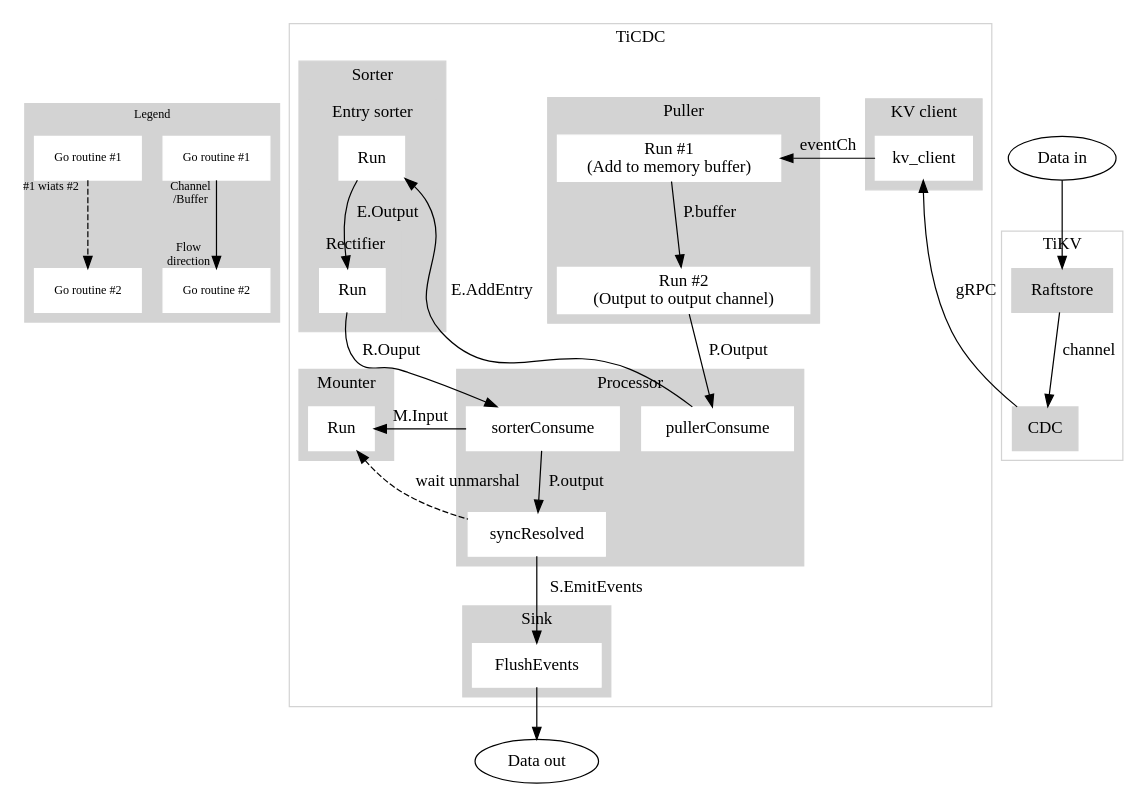
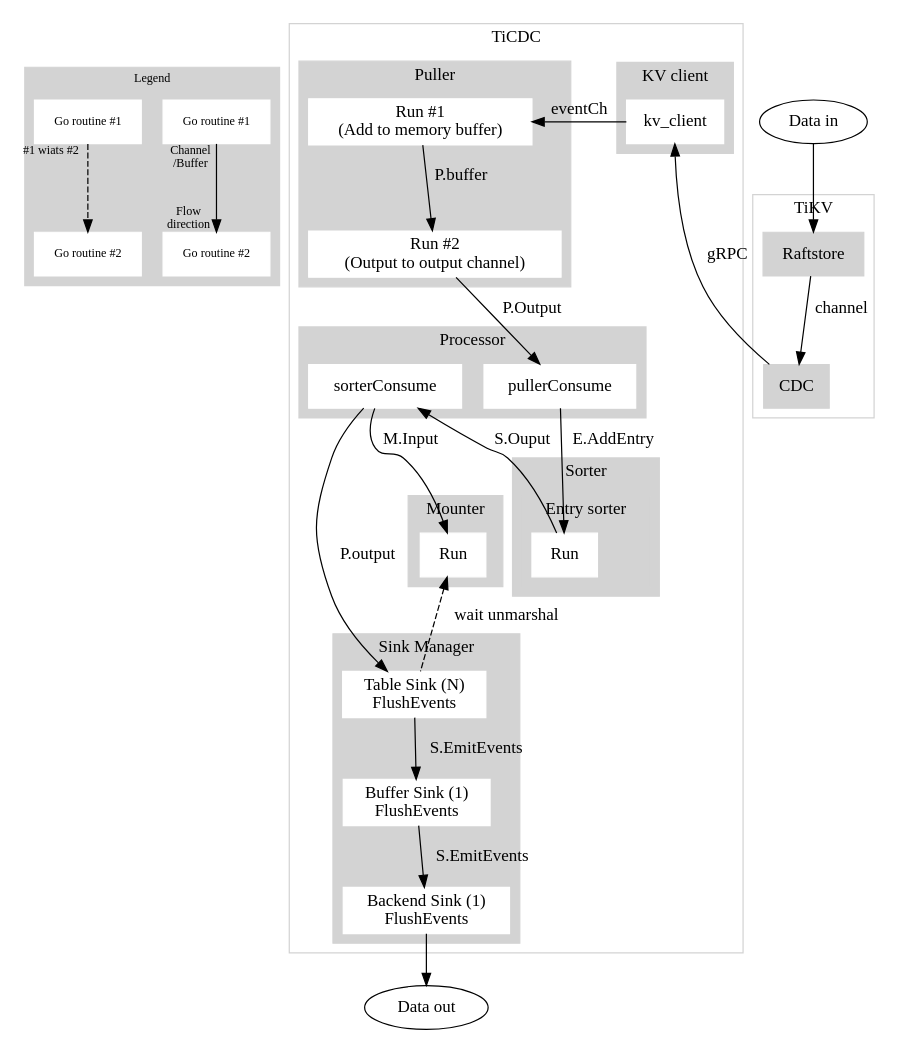
One commit to pingcap/tiflow changed the diagram in docs/data-flow.dot. Above: the diagram before and after it, drawn with Graphviz. The commit also changed 14 other files, not shown here.

Commit message:
*: fix the output in changefeed out of order (#1247)

```diff
--- a/docs/data-flow.dot
+++ b/docs/data-flow.dot
@@ -1,174 +1,183 @@
 // The data-flow diagram of TiCDC.
 //
 // Run `make data-flow-diagram` to generate data-flow.svg
 //
 // Metrics in TiCDC
 // TiKV -> KV client: ticdc_kvclient_pull_event_count | counter
 //     puller event chan size: ticdc_puller_event_chan_size | gauge
 // KV client -> puller memBuffer: ticdc_puller_kv_event_count | counter
 //     puller memBuffer size: ticdc_puller_mem_buffer_size | gauge
 // puller memBuffer -> puller outputChan: ticdc_puller_txn_collect_event_count | counter
 //     puller outputChan size: ticdc_puller_output_chan_size | gauge
 // puller outputCnan -> sorter unsorted
 //     sorter unsorted size: ticdc_puller_entry_sorter_unsorted_size | gauge
 //     sorter sort duration: ticdc_puller_entry_sorter_sort | duration
 //     sorter merge duration: ticdc_puller_entry_sorter_merge | duration
 // sorter unsorted -> sorter outputCh: missing
 //     sorter outputCh size: ticdc_puller_entry_sorter_output_chan_size | gauge
 // sorter outputCh -> Rectifier outputCh: missing
 // Rectifier outputCh -> processor outputCh: missing
 //                    `-> mounter rawRowChangedChs
 //                             mounter unmarshal duration: ticdc_mounter_unmarshal_and_mount | duration
 //                             mounter rawRowCHangedChs size: ticdc_mounter_input_chan_size | gauge
 // processor outputCh -> sink.EmitRowChangedEvents:
 //     processor outputCh size: ticdc_processor_txn_output_chan_size | gague
 
 digraph Dataflow {
     subgraph cluster_legends {
         label = "Legend";
         fontsize = 10;
         color = lightgrey;
         style = filled;
 
         node [
             style = filled,
             color = white,
             shape = rect,
             fontsize = 10,
             width = 0.5,
             height = 0.5,
         ];
 
         edge [
             labelfontsize = 10,
         ]
 
         flow [
             label = "Go routine #1",
         ]
         flow_ [
             label = "Go routine #2",
         ]
         flow -> flow_ [
             headlabel = "Flow\ndirection",
             taillabel = "Channel\n/Buffer",
         ]
 
         wait [
             label = "Go routine #1",
         ]
         wait_ [
             label = "Go routine #2",
         ]
         wait -> wait_ [
             taillabel = "#1 wiats #2",
             style = "dashed",
         ]
     }
 
     subgraph cluster_tikv {
         label = "TiKV";
         color = lightgrey;
         node [
             style = filled,
             color = lightgrey,
             shape = rect,
         ];
 
         Raftstore -> CDC [label = "channel"]
     }
 
     subgraph cluster_ticdc {
         label = "TiCDC";
         color = lightgrey;
         node [
             style = filled,
             color = white,
             shape = rect,
         ];
 
         CDC -> kv_client [constraint = false, label = "gRPC"]
 
         subgraph cluster_kvclient {
             label = "KV client";
             style = filled;
 
             kv_client
         }
 
         kv_client -> puller_run_step1 [label = "eventCh", constraint = false]
 
         subgraph cluster_processor {
             label = "Processor";
             style = filled;
 
             processor_sorter_consume [label = "sorterConsume"]
             processor_puller_consume [label = "pullerConsume"]
-            processor_sync_resolved [label = "syncResolved"]
 
-            processor_sorter_consume -> processor_sync_resolved [label = "P.output"]
         }
+            processor_sorter_consume -> table_sink_run [label = "P.output"]
 
         subgraph cluster_puller {
             label = "Puller";
             style = filled;
 
             puller_run_step1 [label = "Run #1\n(Add to memory buffer)"]
             puller_run_step2 [label = "Run #2\n(Output to output channel)"]
 
             puller_run_step1 -> puller_run_step2 [label = "P.buffer"]
             puller_run_step2 -> processor_puller_consume [label = "P.Output"]
         }
 
         processor_puller_consume -> sorter_run [label = "E.AddEntry"]
 
         subgraph cluster_sorter {
             label = "Sorter";
             style = filled;
 
             subgraph cluster_entry_sorter {
                 label = "Entry sorter";
 
                 sorter_run [label = "Run"]
             }
 
-            sorter_run -> rectifier_run [label = "E.Output"]
-
-            subgraph cluster_rectifier {
-                label = "Rectifier";
-
-                rectifier_run [label = "Run"]
-            }
         }
 
-        rectifier_run -> processor_sorter_consume [label = "R.Ouput"]
+        sorter_run -> processor_sorter_consume [label = "S.Ouput"]
         processor_sorter_consume -> mounter_run [label = "M.Input"]
-        mounter_run -> processor_sync_resolved [
+        mounter_run -> table_sink_run [
             label = "wait unmarshal",
             style = "dashed",
             dir = back,
         ]
 
         subgraph cluster_mounter {
             label = "Mounter";
             style = filled;
 
             mounter_run [label = "Run"]
         }
 
-        processor_sync_resolved -> sink_run [label = "S.EmitEvents"]
-
         subgraph cluster_sink {
-            label = "Sink";
+            label = "Sink Manager";
             style = filled;
 
-            sink_run [label = "FlushEvents"]
+            subgraph table_sink {
+                label = "Table Sink (N)";
+
+                table_sink_run [label = "Table Sink (N)\nFlushEvents"]
+            }
+
+            subgraph buffer_sink {
+                label = "Buffer Sink (1)";
+
+                buffer_sink_run [label = "Buffer Sink (1)\nFlushEvents"]
+            }
+
+            subgraph backend_sink {
+                label = "Backend Sink (1)";
+
+                backend_sink_run [label = "Backend Sink (1)\nFlushEvents"]
+            }
+
+            table_sink_run -> buffer_sink_run [label = "S.EmitEvents"]
+            buffer_sink_run -> backend_sink_run [label = "S.EmitEvents"]
         }
     }
 
     data_in [label = "Data in", shape = oval]
     data_in -> Raftstore
 
     data_out [label = "Data out", shape = oval]
-    sink_run -> data_out
+    backend_sink_run -> data_out
 }
```
